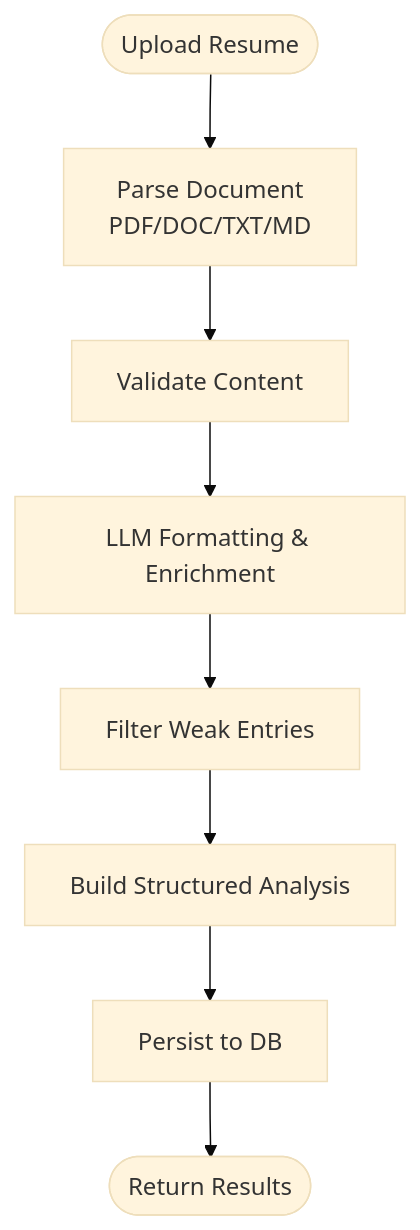
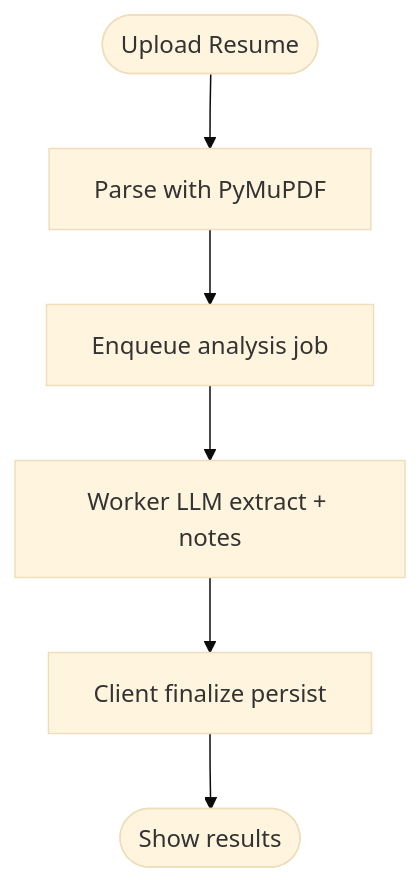
One commit to tashifkhan/tashif.codes changed the third of 4 diagrams in src/data/docs/talentsync/Project Overview/Key Features Breakdown.md. Above: the diagram before and after it, drawn with Mermaid (base theme). The commit also changed other lines of this file and 2128 other files, not shown here.

First line of the commit message:
docs: replace raster diagram images with native Mermaid across project guides

````diff
--- a/src/data/docs/talentsync/Project Overview/Key Features Breakdown.md
+++ b/src/data/docs/talentsync/Project Overview/Key Features Breakdown.md
@@ -145,10 +112,8 @@
 ```mermaid
 flowchart TD
-Start(["Upload Resume"]) --> Parse["Parse Document<br/>PDF/DOC/TXT/MD"]
-Parse --> Validate["Validate Content"]
-Validate --> LLMFormat["LLM Formatting & Enrichment"]
-LLMFormat --> Clean["Filter Weak Entries"]
-Clean --> Struct["Build Structured Analysis"]
-Struct --> Store["Persist to DB"]
-Store --> End(["Return Results"])
+Start(["Upload Resume"]) --> Parse["Parse with PyMuPDF"]
+Parse --> Enqueue["Enqueue analysis job"]
+Enqueue --> LLM["Worker LLM extract + notes"]
+LLM --> Finalize["Client finalize persist"]
+Finalize --> End(["Show results"])
 ```
````
